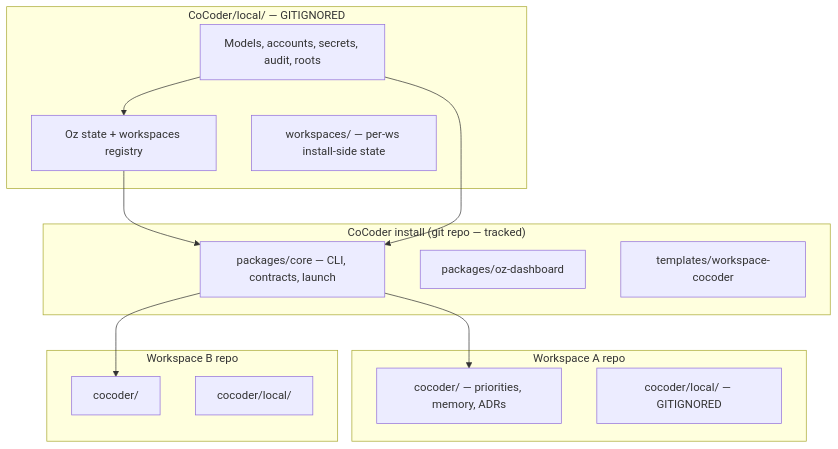
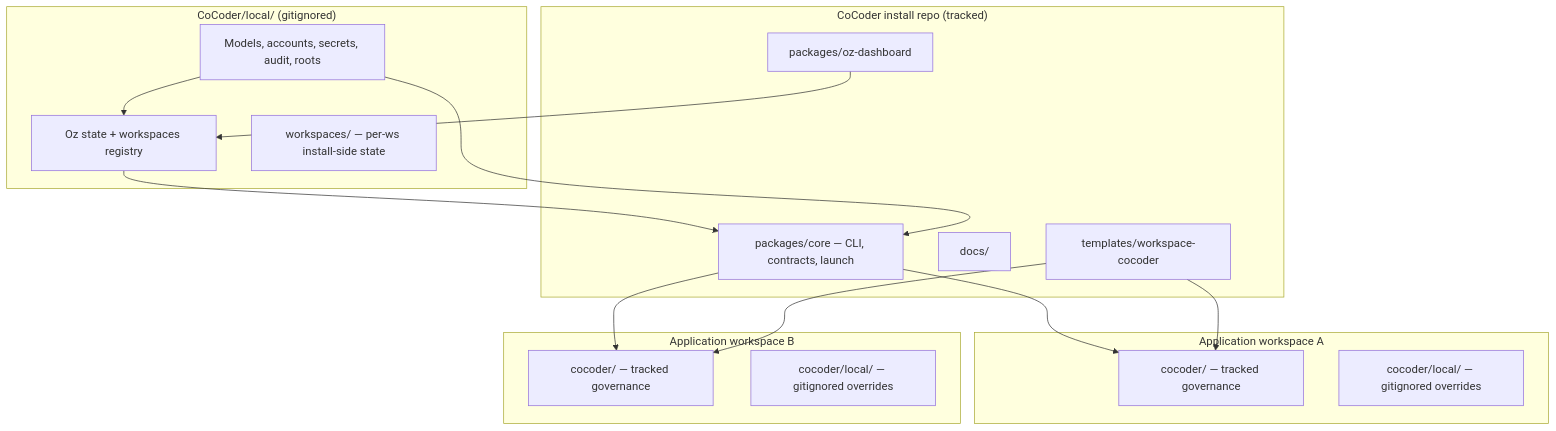
Before and after one commit to BadGuyFranco/cocoder: the diagram in ARCHITECTURE.md, drawn with Mermaid. The commit also changed other lines of this file and 18 other files, not shown here.

````diff
--- a/ARCHITECTURE.md
+++ b/ARCHITECTURE.md
@@ -10,30 +10,34 @@
 ```mermaid
 flowchart TB
-  subgraph install ["CoCoder install (git repo — tracked)"]
+  subgraph install ["CoCoder install repo (tracked)"]
     Core[packages/core — CLI, contracts, launch]
     Dash[packages/oz-dashboard]
+    Docs[docs/]
     Tpl[templates/workspace-cocoder]
   end
 
-  subgraph installLocal ["CoCoder/local/ — GITIGNORED"]
+  subgraph installLocal ["CoCoder/local/ (gitignored)"]
     Oz[Oz state + workspaces registry]
     Wsps[workspaces/ — per-ws install-side state]
     Prefs[Models, accounts, secrets, audit, roots]
   end
 
-  subgraph wsA ["Workspace A repo"]
-    CA[cocoder/ — priorities, memory, ADRs]
-    CALA[cocoder/local/ — GITIGNORED]
+  subgraph wsA ["Application workspace A"]
+    CA[cocoder/ — tracked governance]
+    CALA[cocoder/local/ — gitignored overrides]
   end
 
-  subgraph wsB ["Workspace B repo"]
-    CB[cocoder/]
-    CBLB[cocoder/local/]
+  subgraph wsB ["Application workspace B"]
+    CB[cocoder/ — tracked governance]
+    CBLB[cocoder/local/ — gitignored overrides]
   end
 
+  Dash --> Oz
   Oz --> Core
   Core --> CA
   Core --> CB
   Prefs --> Oz
   Prefs --> Core
+  Tpl --> CA
+  Tpl --> CB
 ```
````
